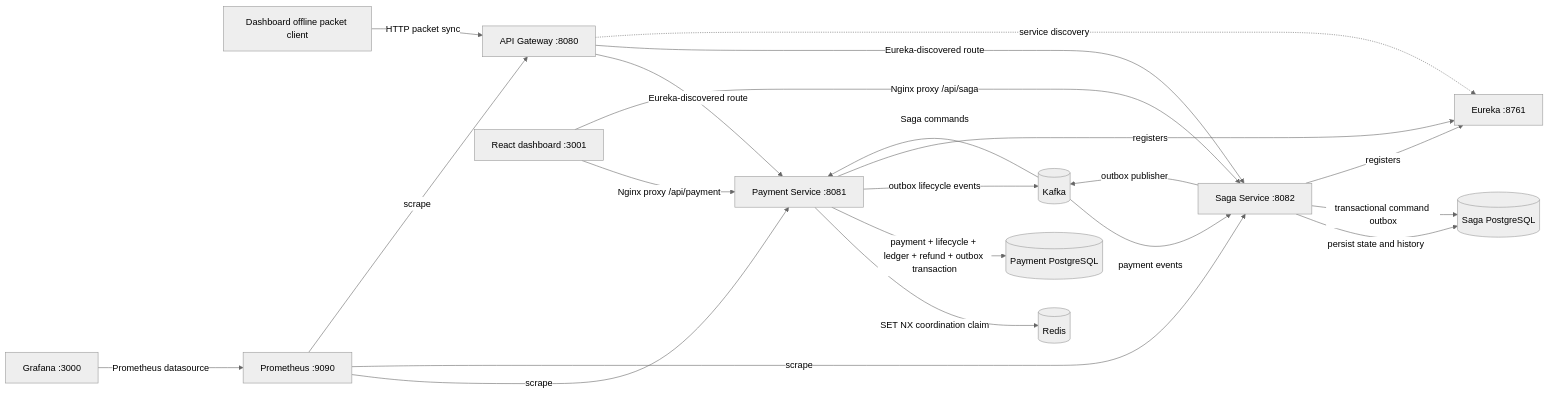
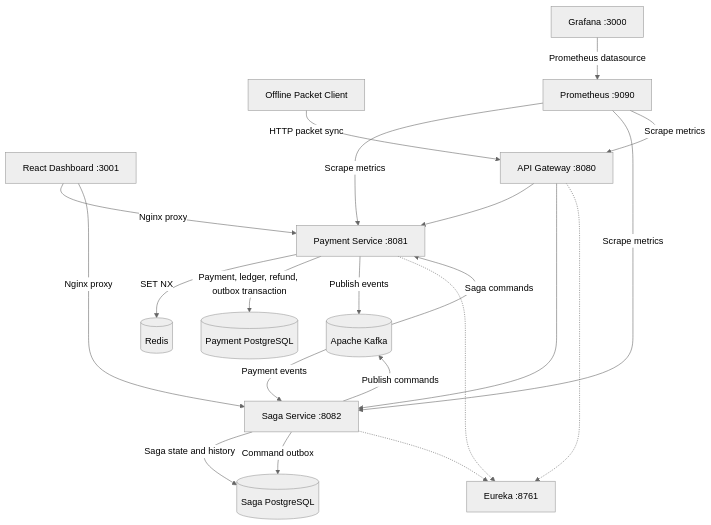
Before and after one commit to aryangaikwad-966/MeshPay-Offline-First-Distributed-Payment-Engine: the diagram in README.md, drawn with Mermaid (neutral theme).

````diff
--- a/README.md
+++ b/README.md
@@ -64,27 +64,42 @@
 ```mermaid
-flowchart LR
-    Client[Dashboard offline packet client] -->|HTTP packet sync| Gateway[API Gateway :8080]
-    Gateway -->|Eureka-discovered route| Payment[Payment Service :8081]
-    Gateway -->|Eureka-discovered route| Saga[Saga Service :8082]
+flowchart TB
+    Client["Offline Packet Client"]
+    Browser["React Dashboard :3001"]
+    Gateway["API Gateway :8080"]
+    Payment["Payment Service :8081"]
+    Saga["Saga Service :8082"]
 
-    Browser[React dashboard :3001] -->|Nginx proxy /api/payment| Payment
-    Browser -->|Nginx proxy /api/saga| Saga
+    Redis[("Redis")]
+    PayDB[("Payment PostgreSQL")]
+    SagaDB[("Saga PostgreSQL")]
+    Kafka[("Apache Kafka")]
+    Eureka["Eureka :8761"]
+    Prom["Prometheus :9090"]
+    Grafana["Grafana :3000"]
 
-    Payment -->|SET NX coordination claim| Redis[(Redis)]
-    Payment -->|payment + lifecycle + ledger + refund + outbox transaction| PayDB[(Payment PostgreSQL)]
-    Payment -->|outbox lifecycle events| Kafka[(Kafka)]
-    Kafka -->|payment events| Saga
-    Saga -->|persist state and history| SagaDB[(Saga PostgreSQL)]
-    Saga -->|transactional command outbox| SagaDB
-    Saga -->|outbox publisher| Kafka
-    Kafka -->|Saga commands| Payment
+    Client -->|"HTTP packet sync"| Gateway
+    Browser -->|"Nginx proxy"| Payment
+    Browser -->|"Nginx proxy"| Saga
 
-    Payment -->|registers| Eureka[Eureka :8761]
-    Saga -->|registers| Eureka
-    Gateway -. service discovery .-> Eureka
+    Gateway --> Payment
+    Gateway --> Saga
+    Gateway -.-> Eureka
 
-    Prom[Prometheus :9090] -->|scrape| Payment
-    Prom -->|scrape| Saga
-    Prom -->|scrape| Gateway
-    Grafana[Grafana :3000] -->|Prometheus datasource| Prom
+    Payment -->|"SET NX"| Redis
+    Payment -->|"Payment, ledger, refund, outbox transaction"| PayDB
+    Payment -->|"Publish events"| Kafka
+
+    Kafka -->|"Payment events"| Saga
+    Saga -->|"Saga state and history"| SagaDB
+    Saga -->|"Command outbox"| SagaDB
+    Saga -->|"Publish commands"| Kafka
+    Kafka -->|"Saga commands"| Payment
+
+    Payment -.-> Eureka
+    Saga -.-> Eureka
+
+    Prom -->|"Scrape metrics"| Payment
+    Prom -->|"Scrape metrics"| Saga
+    Prom -->|"Scrape metrics"| Gateway
+    Grafana -->|"Prometheus datasource"| Prom
 ```
````
